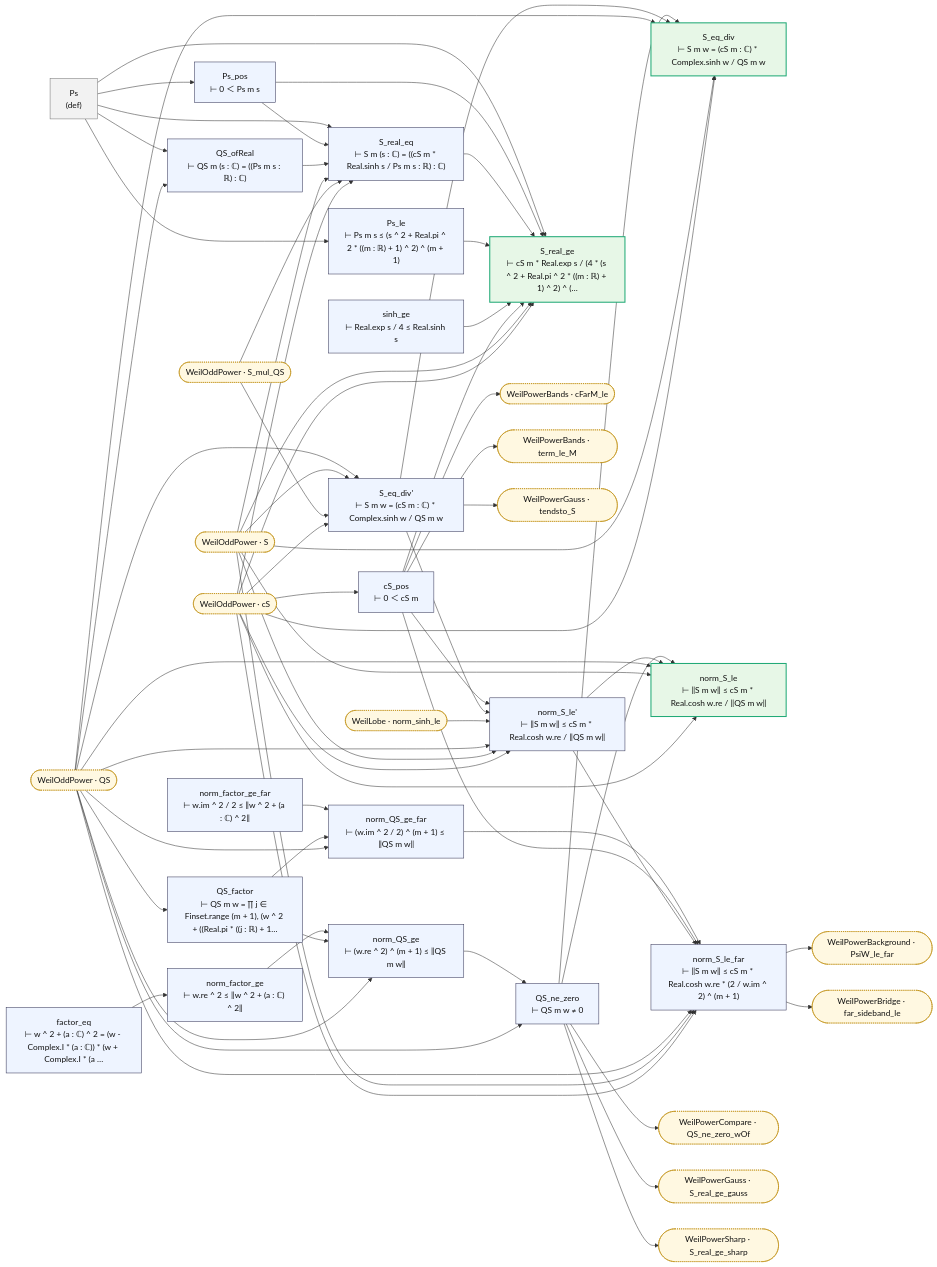
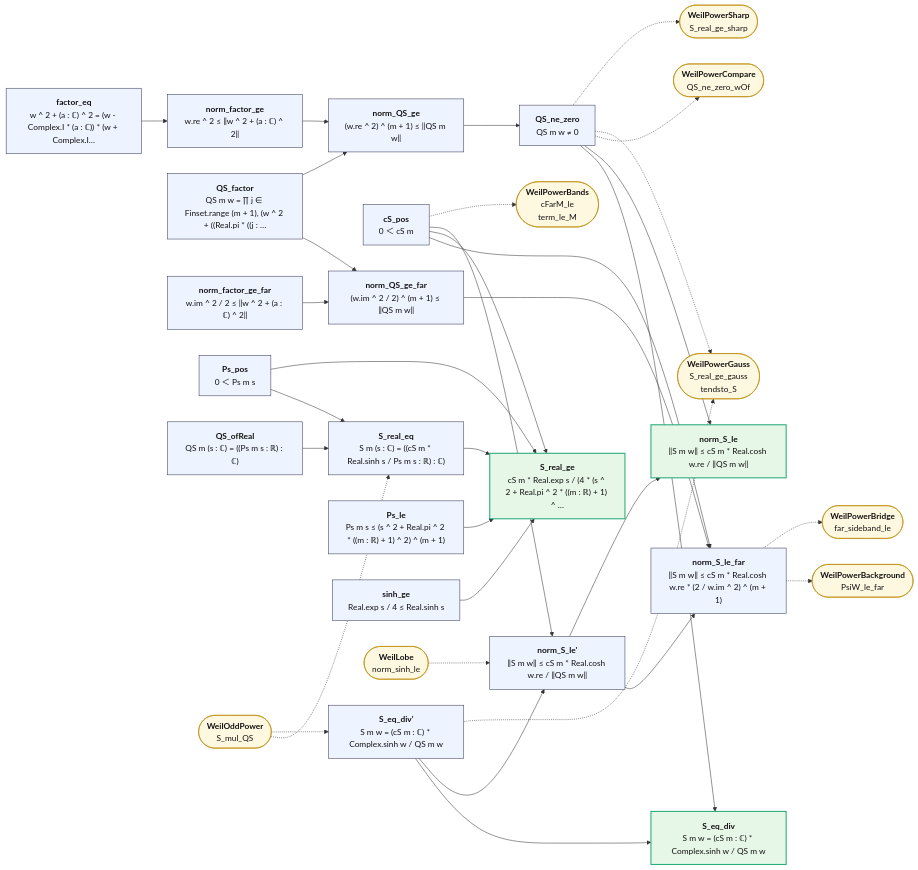
The diagram in map/lean_stage3/WeilPowerBounds.md (juliansambranojr/Primebeat_081426), drawn with Mermaid before and after one commit. The commit also changed other lines of this file and 387 other files, not shown here.

````diff
--- a/map/lean_stage3/WeilPowerBounds.md
+++ b/map/lean_stage3/WeilPowerBounds.md
@@ -8,105 +12,67 @@
 ```mermaid
 flowchart LR
-  n0["factor_eq<br/>⊢ w ^ 2 + (a : ℂ) ^ 2 = (w - Complex.I * (a : ℂ)) * (w + Complex.I * (a …"]:::thm
-  n1["norm_factor_ge<br/>⊢ w.re ^ 2 ≤ ‖w ^ 2 + (a : ℂ) ^ 2‖"]:::thm
-  n2["QS_factor<br/>⊢ QS m w = ∏ j ∈ Finset.range (m + 1), (w ^ 2 + ((Real.pi * ((j : ℝ) + 1…"]:::thm
-  n3["norm_QS_ge<br/>⊢ (w.re ^ 2) ^ (m + 1) ≤ ‖QS m w‖"]:::thm
-  n4["QS_ne_zero<br/>⊢ QS m w ≠ 0"]:::thm
-  n5["cS_pos<br/>⊢ 0 ＜ cS m"]:::thm
-  n6["S_eq_div'<br/>⊢ S m w = (cS m : ℂ) * Complex.sinh w / QS m w"]:::thm
-  n7["S_eq_div<br/>⊢ S m w = (cS m : ℂ) * Complex.sinh w / QS m w"]:::end_
-  n8["norm_S_le'<br/>⊢ ‖S m w‖ ≤ cS m * Real.cosh w.re / ‖QS m w‖"]:::thm
-  n9["norm_S_le<br/>⊢ ‖S m w‖ ≤ cS m * Real.cosh w.re / ‖QS m w‖"]:::end_
-  n10["norm_factor_ge_far<br/>⊢ w.im ^ 2 / 2 ≤ ‖w ^ 2 + (a : ℂ) ^ 2‖"]:::thm
-  n11["norm_QS_ge_far<br/>⊢ (w.im ^ 2 / 2) ^ (m + 1) ≤ ‖QS m w‖"]:::thm
-  n12["norm_S_le_far<br/>⊢ ‖S m w‖ ≤ cS m * Real.cosh w.re * (2 / w.im ^ 2) ^ (m + 1)"]:::thm
-  n13["Ps<br/>(def)"]:::dfn
-  n14["Ps_pos<br/>⊢ 0 ＜ Ps m s"]:::thm
-  n15["QS_ofReal<br/>⊢ QS m (s : ℂ) = ((Ps m s : ℝ) : ℂ)"]:::thm
-  n16["S_real_eq<br/>⊢ S m (s : ℂ) = ((cS m * Real.sinh s / Ps m s : ℝ) : ℂ)"]:::thm
-  n17["Ps_le<br/>⊢ Ps m s ≤ (s ^ 2 + Real.pi ^ 2 * ((m : ℝ) + 1) ^ 2) ^ (m + 1)"]:::thm
-  n18["sinh_ge<br/>⊢ Real.exp s / 4 ≤ Real.sinh s"]:::thm
-  n19["S_real_ge<br/>⊢ cS m * Real.exp s / (4 * (s ^ 2 + Real.pi ^ 2 * ((m : ℝ) + 1) ^ 2) ^ (…"]:::end_
-  x0(["WeilLobe · norm_sinh_le"]):::ext
-  x1(["WeilOddPower · QS"]):::ext
-  x2(["WeilOddPower · S"]):::ext
-  x3(["WeilOddPower · S_mul_QS"]):::ext
-  x4(["WeilOddPower · cS"]):::ext
-  x5(["WeilPowerBackground · PsiW_le_far"]):::ext
-  x6(["WeilPowerBands · cFarM_le"]):::ext
-  x7(["WeilPowerBands · term_le_M"]):::ext
-  x8(["WeilPowerBridge · far_sideband_le"]):::ext
-  x9(["WeilPowerCompare · QS_ne_zero_wOf"]):::ext
-  x10(["WeilPowerGauss · S_real_ge_gauss"]):::ext
-  x11(["WeilPowerGauss · tendsto_S"]):::ext
-  x12(["WeilPowerSharp · S_real_ge_sharp"]):::ext
+  n0["<b>factor_eq</b><br/>w ^ 2 + (a : ℂ) ^ 2 = (w - Complex.I * (a : ℂ)) * (w + Complex.I…"]:::thm
+  n1["<b>norm_factor_ge</b><br/>w.re ^ 2 ≤ ‖w ^ 2 + (a : ℂ) ^ 2‖"]:::thm
+  n2["<b>QS_factor</b><br/>QS m w = ∏ j ∈ Finset.range (m + 1), (w ^ 2 + ((Real.pi * ((j : …"]:::thm
+  n3["<b>norm_QS_ge</b><br/>(w.re ^ 2) ^ (m + 1) ≤ ‖QS m w‖"]:::thm
+  n4["<b>QS_ne_zero</b><br/>QS m w ≠ 0"]:::thm
+  n5["<b>cS_pos</b><br/>0 ＜ cS m"]:::thm
+  n6["<b>S_eq_div'</b><br/>S m w = (cS m : ℂ) * Complex.sinh w / QS m w"]:::thm
+  n7["<b>S_eq_div</b><br/>S m w = (cS m : ℂ) * Complex.sinh w / QS m w"]:::end_
+  n8["<b>norm_S_le'</b><br/>‖S m w‖ ≤ cS m * Real.cosh w.re / ‖QS m w‖"]:::thm
+  n9["<b>norm_S_le</b><br/>‖S m w‖ ≤ cS m * Real.cosh w.re / ‖QS m w‖"]:::end_
+  n10["<b>norm_factor_ge_far</b><br/>w.im ^ 2 / 2 ≤ ‖w ^ 2 + (a : ℂ) ^ 2‖"]:::thm
+  n11["<b>norm_QS_ge_far</b><br/>(w.im ^ 2 / 2) ^ (m + 1) ≤ ‖QS m w‖"]:::thm
+  n12["<b>norm_S_le_far</b><br/>‖S m w‖ ≤ cS m * Real.cosh w.re * (2 / w.im ^ 2) ^ (m + 1)"]:::thm
+  n13["<b>Ps_pos</b><br/>0 ＜ Ps m s"]:::thm
+  n14["<b>QS_ofReal</b><br/>QS m (s : ℂ) = ((Ps m s : ℝ) : ℂ)"]:::thm
+  n15["<b>S_real_eq</b><br/>S m (s : ℂ) = ((cS m * Real.sinh s / Ps m s : ℝ) : ℂ)"]:::thm
+  n16["<b>Ps_le</b><br/>Ps m s ≤ (s ^ 2 + Real.pi ^ 2 * ((m : ℝ) + 1) ^ 2) ^ (m + 1)"]:::thm
+  n17["<b>sinh_ge</b><br/>Real.exp s / 4 ≤ Real.sinh s"]:::thm
+  n18["<b>S_real_ge</b><br/>cS m * Real.exp s / (4 * (s ^ 2 + Real.pi ^ 2 * ((m : ℝ) + 1) ^ …"]:::end_
+  x0(["<b>WeilPowerCompare</b><br/>QS_ne_zero_wOf"]):::ext
+  x1(["<b>WeilPowerGauss</b><br/>S_real_ge_gauss<br/>tendsto_S"]):::ext
+  x2(["<b>WeilPowerSharp</b><br/>S_real_ge_sharp"]):::ext
+  x3(["<b>WeilPowerBands</b><br/>cFarM_le<br/>term_le_M"]):::ext
+  x4(["<b>WeilOddPower</b><br/>S_mul_QS"]):::ext
+  x5(["<b>WeilLobe</b><br/>norm_sinh_le"]):::ext
+  x6(["<b>WeilPowerBackground</b><br/>PsiW_le_far"]):::ext
+  x7(["<b>WeilPowerBridge</b><br/>far_sideband_le"]):::ext
   n0 --> n1
   n1 --> n3
   n10 --> n11
   n11 --> n12
-  n12 --> x5
-  n12 --> x8
-  n13 --> n14
   n13 --> n15
-  n13 --> n16
-  n13 --> n17
-  n13 --> n19
-  n14 --> n16
-  n14 --> n19
-  n15 --> n16
-  n16 --> n19
-  n17 --> n19
-  n18 --> n19
+  n13 --> n18
+  n14 --> n15
+  n15 --> n18
+  n16 --> n18
+  n17 --> n18
   n2 --> n11
   n2 --> n3
   n3 --> n4
   n4 --> n7
   n4 --> n9
-  n4 --> x10
-  n4 --> x12
-  n4 --> x9
   n5 --> n12
-  n5 --> n19
+  n5 --> n18
   n5 --> n8
-  n5 --> x6
-  n5 --> x7
   n6 --> n7
   n6 --> n8
-  n6 --> x11
   n8 --> n12
   n8 --> n9
-  x0 --> n8
-  x1 --> n11
-  x1 --> n12
-  x1 --> n15
-  x1 --> n2
-  x1 --> n3
-  x1 --> n4
-  x1 --> n6
-  x1 --> n7
-  x1 --> n8
-  x1 --> n9
-  x2 --> n12
-  x2 --> n16
-  x2 --> n19
-  x2 --> n6
-  x2 --> n7
-  x2 --> n8
-  x2 --> n9
-  x3 --> n16
-  x3 --> n6
-  x4 --> n12
-  x4 --> n16
-  x4 --> n19
-  x4 --> n5
-  x4 --> n6
-  x4 --> n7
-  x4 --> n8
-  x4 --> n9
+  n12 -.-> x6
+  n12 -.-> x7
+  n4 -.-> x0
+  n4 -.-> x1
+  n4 -.-> x2
+  n5 -.-> x3
+  n6 -.-> x1
+  x4 -.-> n15
+  x4 -.-> n6
+  x5 -.-> n8
   classDef thm fill:#eef4ff,stroke:#335,color:#111
-  classDef dfn fill:#f2f2f2,stroke:#777,color:#111
   classDef end_ fill:#e7f7e7,stroke:#2a7,color:#111,stroke-width:2px
   classDef lone fill:#fff,stroke:#999,color:#111,stroke-dasharray:4 3
   classDef bad fill:#ffe5e5,stroke:#c22,color:#111,stroke-width:2px
-  classDef ext fill:#fff8e1,stroke:#b80,color:#111,stroke-dasharray:2 2
+  classDef ext fill:#fff8e1,stroke:#b80,color:#111
 ```
````
